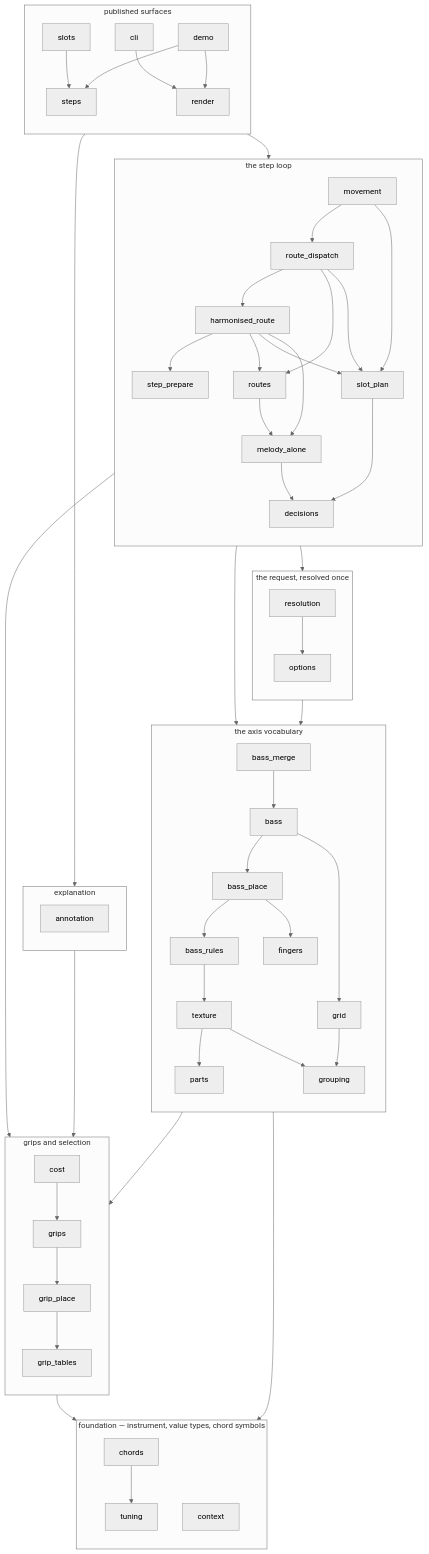
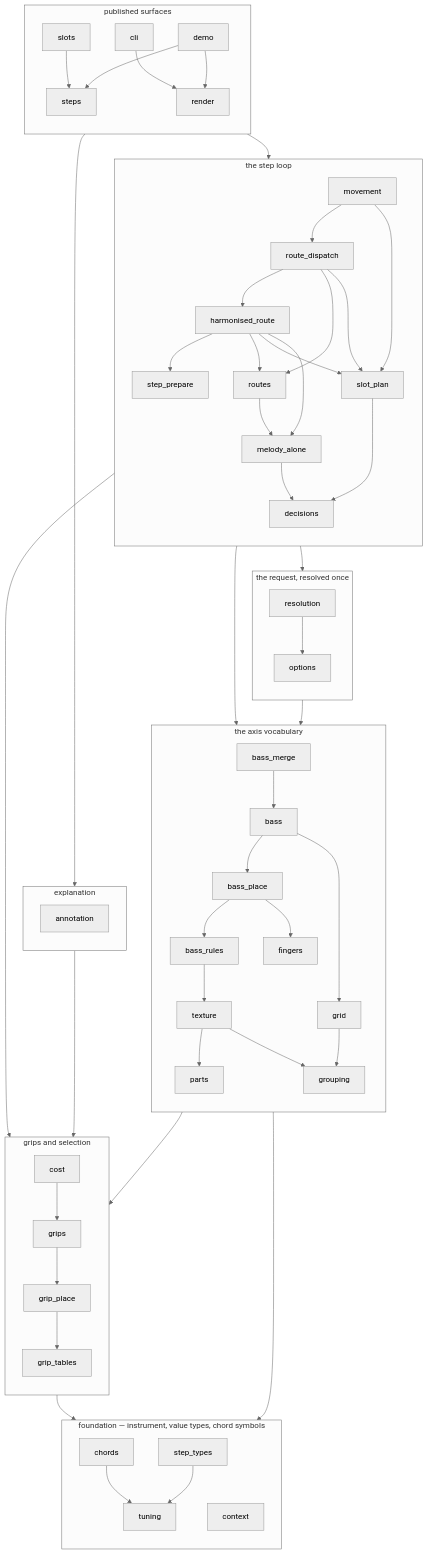
Before and after one commit to jcundill/arranger: the first of 2 diagrams in docs/dependency-dag.md, drawn with Mermaid (neutral theme). The commit also changed other lines of this file and 33 other files, not shown here.

First line of the commit message:
Split the value types out of tuning into step_types

```diff
--- a/docs/dependency-dag.md
+++ b/docs/dependency-dag.md
@@ -113,9 +113,11 @@
         fingers["fingers"]
         chords["chords"]
         context["context"]
+        step_types["step_types"]
         tuning["tuning"]
-        fingers --> tuning
+        fingers --> step_types
         chords --> tuning
+        step_types --> tuning
     end
 
     layer_surface --> layer_loop
```
